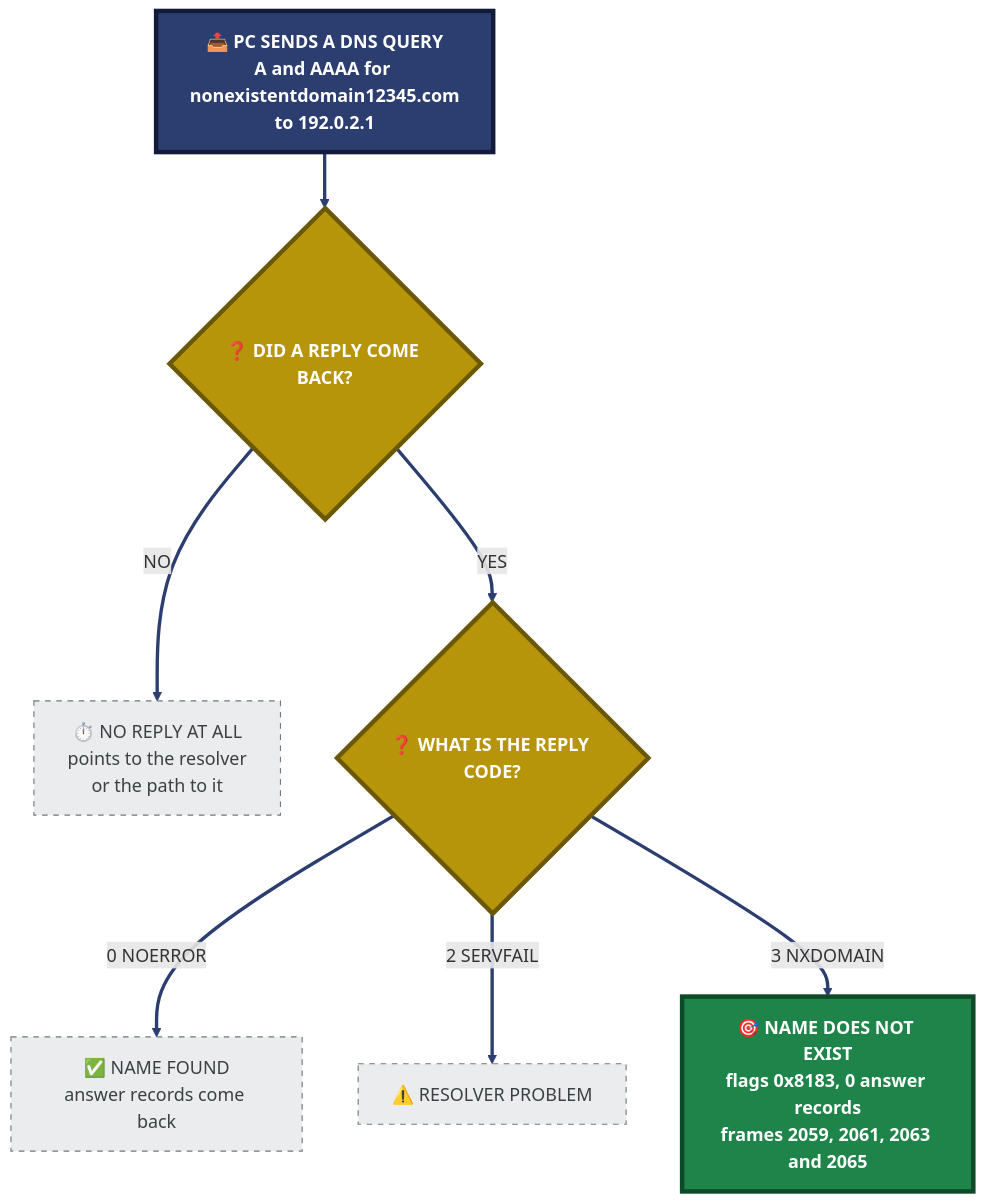
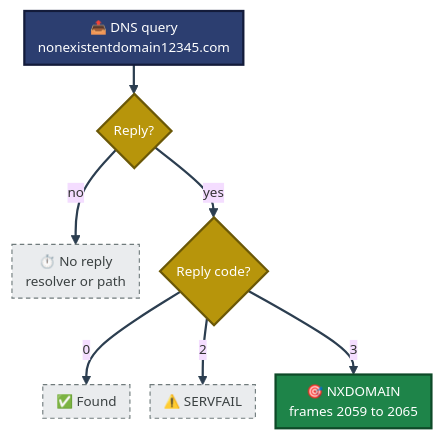
One commit to malaika-azhar/Real-World-Tier2-Support-Projects changed the third of 7 diagrams in project-3-wireshark-packet-capture-case-studies/README.md. Above: the diagram before and after it, drawn with Mermaid. The commit also changed other lines of this file, not shown here.

````diff
--- a/project-3-wireshark-packet-capture-case-studies/README.md
+++ b/project-3-wireshark-packet-capture-case-studies/README.md
@@ -298,15 +298,15 @@
 ```mermaid
+%%{init: {'theme': 'base', 'themeVariables': {'fontSize': '12px'}, 'flowchart': {'nodeSpacing': 18, 'rankSpacing': 26, 'padding': 6}}}%%
 flowchart TB
-    Q["📤 PC SENDS A DNS QUERY<br/>A and AAAA for nonexistentdomain12345.com<br/>to 192.0.2.1"]:::start --> R{"❓ DID A REPLY COME BACK?"}:::q
-    R -->|NO| T["⏱️ NO REPLY AT ALL<br/>points to the resolver<br/>or the path to it"]:::unseen
-    R -->|YES| C{"❓ WHAT IS THE REPLY CODE?"}:::q
-    C -->|"0 NOERROR"| A["✅ NAME FOUND<br/>answer records come back"]:::unseen
-    C -->|"2 SERVFAIL"| S["⚠️ RESOLVER PROBLEM"]:::unseen
-    C -->|"3 NXDOMAIN"| N["🎯 NAME DOES NOT EXIST<br/>flags 0x8183, 0 answer records<br/>frames 2059, 2061, 2063 and 2065"]:::seen
-
-    classDef start fill:#2C3E70,stroke:#131B3A,stroke-width:4px,color:#FFFFFF,font-weight:bold
-    classDef q fill:#B7950B,stroke:#6B5807,stroke-width:4px,color:#FFFFFF,font-weight:bold
-    classDef seen fill:#1E8449,stroke:#0E4A28,stroke-width:4px,color:#FFFFFF,font-weight:bold
-    classDef unseen fill:#EAECEE,stroke:#707B7C,color:#3B4142,stroke-dasharray: 5 5
-    linkStyle default stroke:#2C3E70,stroke-width:3px
+    Q["📤 DNS query<br/>nonexistentdomain12345.com"]:::start --> R{"Reply?"}:::q
+    R -->|no| T["⏱️ No reply<br/>resolver or path"]:::unseen
+    R -->|yes| C{"Reply code?"}:::q
+    C -->|0| A["✅ Found"]:::unseen
+    C -->|2| S["⚠️ SERVFAIL"]:::unseen
+    C -->|3| N["🎯 NXDOMAIN<br/>frames 2059 to 2065"]:::seen
+    classDef start fill:#2C3E70,stroke:#131B3A,stroke-width:2px,color:#FFFFFF
+    classDef q fill:#B7950B,stroke:#6B5807,stroke-width:2px,color:#FFFFFF
+    classDef seen fill:#1E8449,stroke:#0E4A28,stroke-width:2px,color:#FFFFFF
+    classDef unseen fill:#EAECEE,stroke:#707B7C,color:#3B4142,stroke-dasharray: 4 3
+    linkStyle default stroke:#2C3E50,stroke-width:2px
 ```
````
